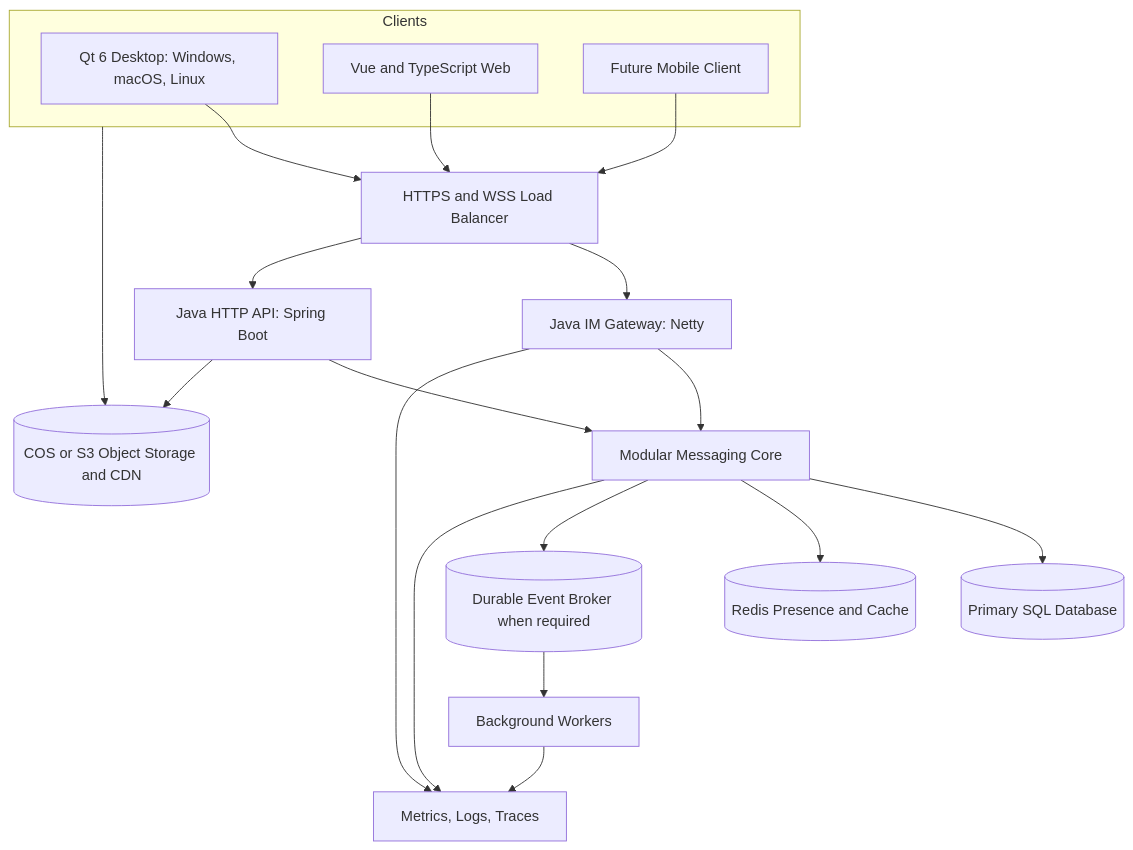
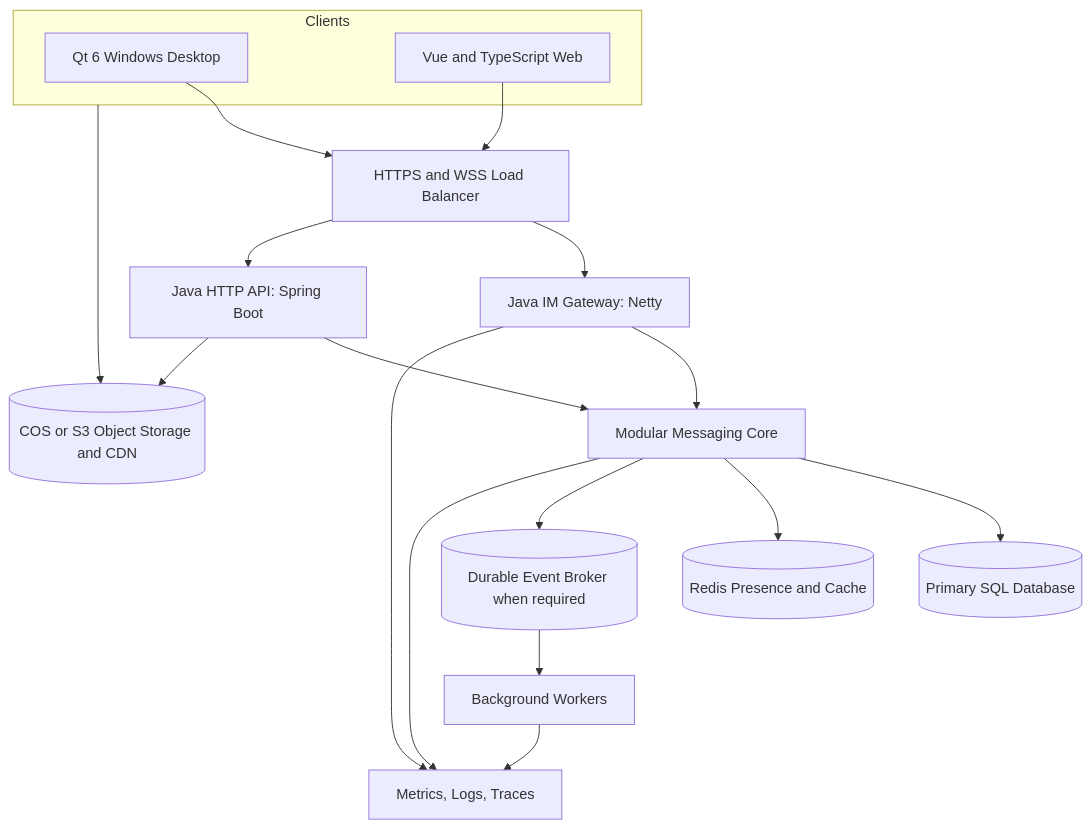
The first of 2 diagrams in docs/architecture/README.md (fallingnight131/ChatRoom), drawn with Mermaid before and after one commit. The commit also changed other lines of this file and 10 other files, not shown here.

Commit message:
docs(architecture): focus support on web and windows

````diff
--- a/docs/architecture/README.md
+++ b/docs/architecture/README.md
@@ -61,36 +68,34 @@
 ```mermaid
 flowchart TB
     subgraph Clients
-        Desktop[Qt 6 Desktop: Windows, macOS, Linux]
+        Desktop[Qt 6 Windows Desktop]
         Web[Vue and TypeScript Web]
-        Mobile[Future Mobile Client]
     end
 
     Edge[HTTPS and WSS Load Balancer]
     Gateway[Java IM Gateway: Netty]
     API[Java HTTP API: Spring Boot]
     Core[Modular Messaging Core]
     Worker[Background Workers]
     SQL[(Primary SQL Database)]
     Redis[(Redis Presence and Cache)]
     Broker[(Durable Event Broker when required)]
     Object[(COS or S3 Object Storage and CDN)]
     Observe[Metrics, Logs, Traces]
 
     Desktop --> Edge
     Web --> Edge
-    Mobile --> Edge
     Edge --> Gateway
     Edge --> API
     Gateway --> Core
     API --> Core
     Core --> SQL
     Core --> Redis
     Core --> Broker
     Broker --> Worker
     API --> Object
     Clients --> Object
     Gateway --> Observe
     Core --> Observe
     Worker --> Observe
 ```
````
